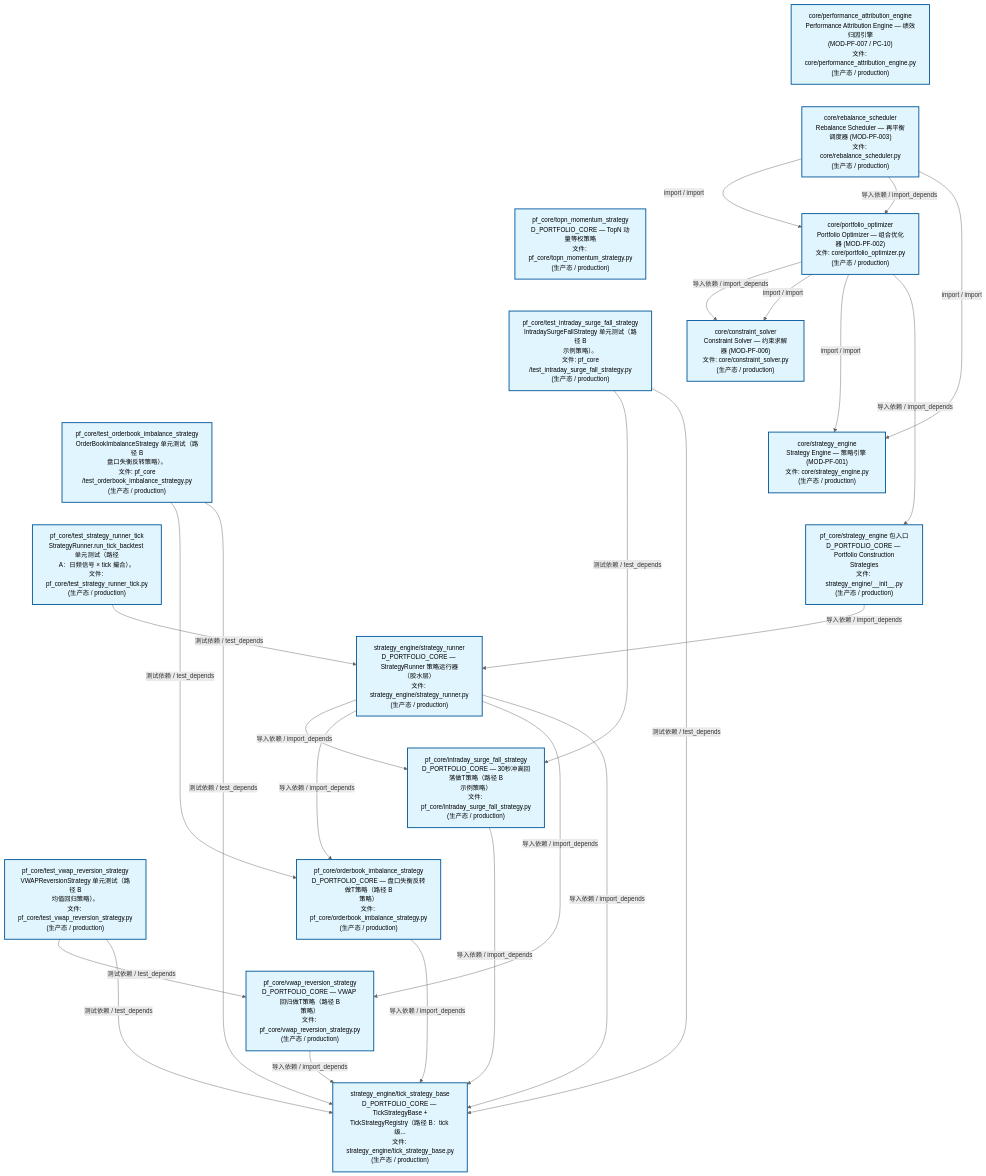
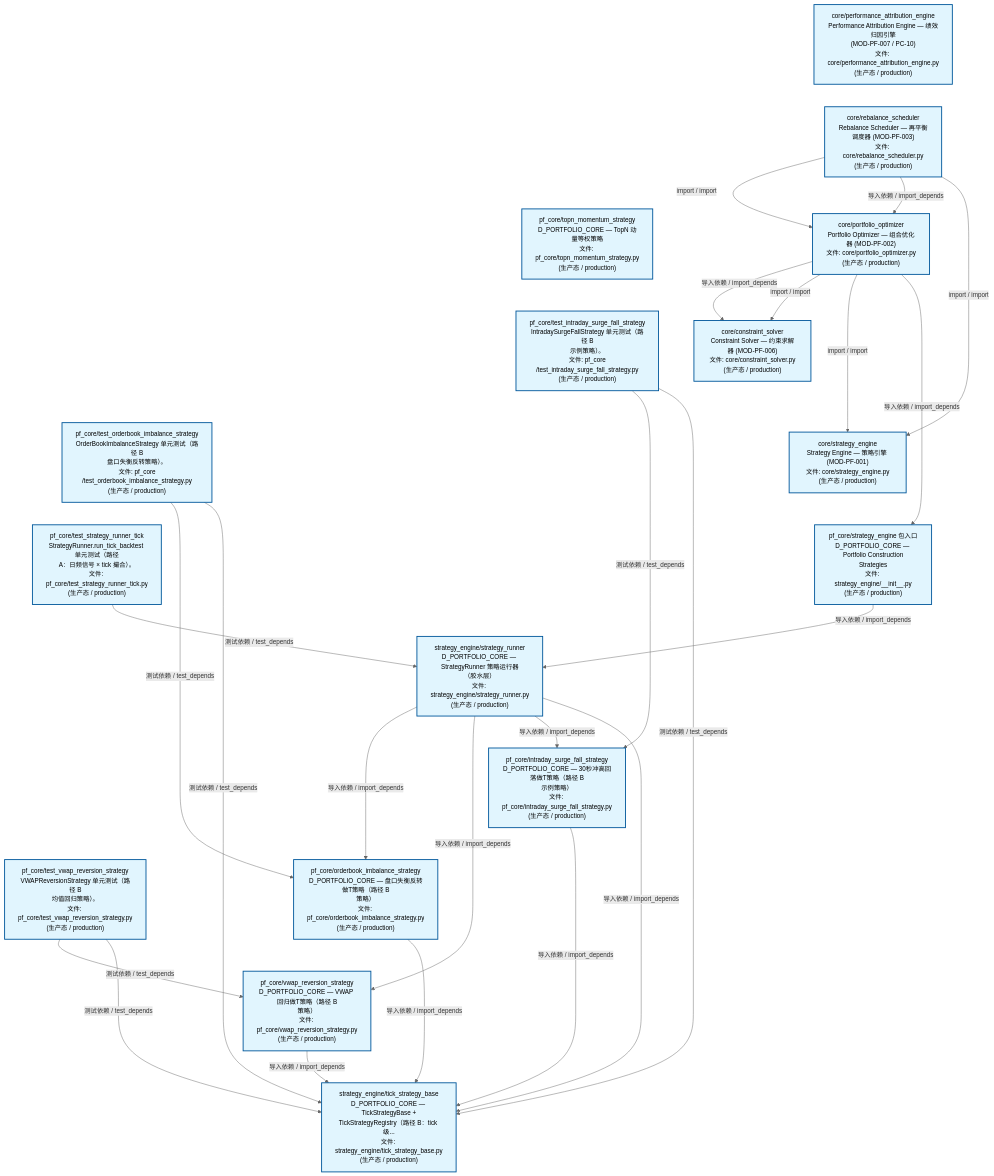
Before and after one commit to xuanFelixVan/ZephyrAlpha: the second of 3 diagrams in docs/02_enterprise_architecture/02_domain_architecture_docs/63_d_pf_core.md, drawn with Mermaid. The commit also changed other lines of this file and 59 other files, not shown here.

````diff
--- a/docs/02_enterprise_architecture/02_domain_architecture_docs/63_d_pf_core.md
+++ b/docs/02_enterprise_architecture/02_domain_architecture_docs/63_d_pf_core.md
@@ -139,57 +139,57 @@
 ```mermaid
 %%{init: {'theme': 'base', 'themeVariables': {'primaryColor': '#eaeaea', 'primaryTextColor': '#333333', 'primaryBorderColor': '#666666', 'lineColor': '#666666', 'secondaryColor': '#eaeaea', 'tertiaryColor': '#eaeaea', 'fontSize': '14px'}}}%%
 flowchart TD
     src_zephyr_pf_core_core_performance_attribution_engine_py["core/performance_attribution_engine<br/>Performance Attribution Engine — 绩效归因引擎<br/>(MOD-PF-007 / PC-10)<br/>文件: core/performance_attribution_engine.py<br/>(生产态 / production)"]
     src_zephyr_pf_core_core_rebalance_scheduler_py["core/rebalance_scheduler<br/>Rebalance Scheduler — 再平衡调度器 (MOD-PF-003)<br/>文件: core/rebalance_scheduler.py<br/>(生产态 / production)"]
     src_zephyr_pf_core_topn_momentum_strategy_py["pf_core/topn_momentum_strategy<br/>D_PORTFOLIO_CORE — TopN 动量等权策略<br/>文件: pf_core/topn_momentum_strategy.py<br/>(生产态 / production)"]
     tests_pf_core_test_intraday_surge_fall_strategy_py["pf_core/test_intraday_surge_fall_strategy<br/>IntradaySurgeFallStrategy 单元测试（路径 B<br/>示例策略）。<br/>文件: pf_core<br/>/test_intraday_surge_fall_strategy.py<br/>(生产态 / production)"]
     tests_pf_core_test_orderbook_imbalance_strategy_py["pf_core/test_orderbook_imbalance_strategy<br/>OrderBookImbalanceStrategy 单元测试（路径 B<br/>盘口失衡反转策略）。<br/>文件: pf_core<br/>/test_orderbook_imbalance_strategy.py<br/>(生产态 / production)"]
     tests_pf_core_test_strategy_runner_tick_py["pf_core/test_strategy_runner_tick<br/>StrategyRunner.run_tick_backtest 单元测试（路径<br/>A：日频信号 × tick 撮合）。<br/>文件: pf_core/test_strategy_runner_tick.py<br/>(生产态 / production)"]
     tests_pf_core_test_vwap_reversion_strategy_py["pf_core/test_vwap_reversion_strategy<br/>VWAPReversionStrategy 单元测试（路径 B<br/>均值回归策略）。<br/>文件: pf_core/test_vwap_reversion_strategy.py<br/>(生产态 / production)"]
     src_zephyr_pf_core_core_performance_attribution_engine_py ~~~ src_zephyr_pf_core_core_rebalance_scheduler_py
     src_zephyr_pf_core_core_rebalance_scheduler_py ~~~ src_zephyr_pf_core_topn_momentum_strategy_py
     src_zephyr_pf_core_topn_momentum_strategy_py ~~~ tests_pf_core_test_intraday_surge_fall_strategy_py
     tests_pf_core_test_intraday_surge_fall_strategy_py ~~~ tests_pf_core_test_orderbook_imbalance_strategy_py
     tests_pf_core_test_orderbook_imbalance_strategy_py ~~~ tests_pf_core_test_strategy_runner_tick_py
     tests_pf_core_test_strategy_runner_tick_py ~~~ tests_pf_core_test_vwap_reversion_strategy_py
     src_zephyr_pf_core_core_portfolio_optimizer_py["core/portfolio_optimizer<br/>Portfolio Optimizer — 组合优化器 (MOD-PF-002)<br/>文件: core/portfolio_optimizer.py<br/>(生产态 / production)"]
     src_zephyr_pf_core_core_constraint_solver_py["core/constraint_solver<br/>Constraint Solver — 约束求解器 (MOD-PF-006)<br/>文件: core/constraint_solver.py<br/>(生产态 / production)"]
     src_zephyr_pf_core_core_strategy_engine_py["core/strategy_engine<br/>Strategy Engine — 策略引擎 (MOD-PF-001)<br/>文件: core/strategy_engine.py<br/>(生产态 / production)"]
     src_zephyr_pf_core_strategy_engine_init_py["pf_core/strategy_engine 包入口<br/>D_PORTFOLIO_CORE — Portfolio Construction<br/>Strategies<br/>文件: strategy_engine/__init__.py<br/>(生产态 / production)"]
     src_zephyr_pf_core_core_constraint_solver_py ~~~ src_zephyr_pf_core_core_strategy_engine_py
     src_zephyr_pf_core_core_strategy_engine_py ~~~ src_zephyr_pf_core_strategy_engine_init_py
     src_zephyr_pf_core_strategy_engine_strategy_runner_py["strategy_engine/strategy_runner<br/>D_PORTFOLIO_CORE — StrategyRunner 策略运行器<br/>（胶水层）<br/>文件: strategy_engine/strategy_runner.py<br/>(生产态 / production)"]
     src_zephyr_pf_core_intraday_surge_fall_strategy_py["pf_core/intraday_surge_fall_strategy<br/>D_PORTFOLIO_CORE — 30秒冲高回落做T策略（路径 B<br/>示例策略）<br/>文件: pf_core/intraday_surge_fall_strategy.py<br/>(生产态 / production)"]
     src_zephyr_pf_core_orderbook_imbalance_strategy_py["pf_core/orderbook_imbalance_strategy<br/>D_PORTFOLIO_CORE — 盘口失衡反转做T策略（路径 B<br/>策略）<br/>文件: pf_core/orderbook_imbalance_strategy.py<br/>(生产态 / production)"]
     src_zephyr_pf_core_vwap_reversion_strategy_py["pf_core/vwap_reversion_strategy<br/>D_PORTFOLIO_CORE — VWAP 回归做T策略（路径 B<br/>策略）<br/>文件: pf_core/vwap_reversion_strategy.py<br/>(生产态 / production)"]
     src_zephyr_pf_core_intraday_surge_fall_strategy_py ~~~ src_zephyr_pf_core_orderbook_imbalance_strategy_py
     src_zephyr_pf_core_orderbook_imbalance_strategy_py ~~~ src_zephyr_pf_core_vwap_reversion_strategy_py
     src_zephyr_pf_core_strategy_engine_tick_strategy_base_py["strategy_engine/tick_strategy_base<br/>D_PORTFOLIO_CORE — TickStrategyBase +<br/>TickStrategyRegistry（路径 B：tick 级...<br/>文件: strategy_engine/tick_strategy_base.py<br/>(生产态 / production)"]
-    src_zephyr_pf_core_intraday_surge_fall_strategy_py -->|导入依赖 / import_depends| src_zephyr_pf_core_strategy_engine_tick_strategy_base_py
     src_zephyr_pf_core_orderbook_imbalance_strategy_py -->|导入依赖 / import_depends| src_zephyr_pf_core_strategy_engine_tick_strategy_base_py
     src_zephyr_pf_core_vwap_reversion_strategy_py -->|导入依赖 / import_depends| src_zephyr_pf_core_strategy_engine_tick_strategy_base_py
+    src_zephyr_pf_core_intraday_surge_fall_strategy_py -->|导入依赖 / import_depends| src_zephyr_pf_core_strategy_engine_tick_strategy_base_py
     src_zephyr_pf_core_core_rebalance_scheduler_py -->|import / import| src_zephyr_pf_core_core_portfolio_optimizer_py
     src_zephyr_pf_core_core_rebalance_scheduler_py -->|导入依赖 / import_depends| src_zephyr_pf_core_core_portfolio_optimizer_py
     src_zephyr_pf_core_core_rebalance_scheduler_py -->|import / import| src_zephyr_pf_core_core_strategy_engine_py
     src_zephyr_pf_core_core_portfolio_optimizer_py -->|导入依赖 / import_depends| src_zephyr_pf_core_core_constraint_solver_py
     src_zephyr_pf_core_core_portfolio_optimizer_py -->|import / import| src_zephyr_pf_core_core_constraint_solver_py
     src_zephyr_pf_core_core_portfolio_optimizer_py -->|import / import| src_zephyr_pf_core_core_strategy_engine_py
     src_zephyr_pf_core_core_portfolio_optimizer_py -->|导入依赖 / import_depends| src_zephyr_pf_core_strategy_engine_init_py
     src_zephyr_pf_core_strategy_engine_init_py -->|导入依赖 / import_depends| src_zephyr_pf_core_strategy_engine_strategy_runner_py
-    src_zephyr_pf_core_strategy_engine_strategy_runner_py -->|导入依赖 / import_depends| src_zephyr_pf_core_intraday_surge_fall_strategy_py
     src_zephyr_pf_core_strategy_engine_strategy_runner_py -->|导入依赖 / import_depends| src_zephyr_pf_core_orderbook_imbalance_strategy_py
     src_zephyr_pf_core_strategy_engine_strategy_runner_py -->|导入依赖 / import_depends| src_zephyr_pf_core_vwap_reversion_strategy_py
+    src_zephyr_pf_core_strategy_engine_strategy_runner_py -->|导入依赖 / import_depends| src_zephyr_pf_core_intraday_surge_fall_strategy_py
     src_zephyr_pf_core_strategy_engine_strategy_runner_py -->|导入依赖 / import_depends| src_zephyr_pf_core_strategy_engine_tick_strategy_base_py
+    tests_pf_core_test_orderbook_imbalance_strategy_py -->|测试依赖 / test_depends| src_zephyr_pf_core_orderbook_imbalance_strategy_py
+    tests_pf_core_test_orderbook_imbalance_strategy_py -->|测试依赖 / test_depends| src_zephyr_pf_core_strategy_engine_tick_strategy_base_py
+    tests_pf_core_test_vwap_reversion_strategy_py -->|测试依赖 / test_depends| src_zephyr_pf_core_vwap_reversion_strategy_py
+    tests_pf_core_test_vwap_reversion_strategy_py -->|测试依赖 / test_depends| src_zephyr_pf_core_strategy_engine_tick_strategy_base_py
     tests_pf_core_test_intraday_surge_fall_strategy_py -->|测试依赖 / test_depends| src_zephyr_pf_core_intraday_surge_fall_strategy_py
     tests_pf_core_test_intraday_surge_fall_strategy_py -->|测试依赖 / test_depends| src_zephyr_pf_core_strategy_engine_tick_strategy_base_py
-    tests_pf_core_test_orderbook_imbalance_strategy_py -->|测试依赖 / test_depends| src_zephyr_pf_core_orderbook_imbalance_strategy_py
-    tests_pf_core_test_orderbook_imbalance_strategy_py -->|测试依赖 / test_depends| src_zephyr_pf_core_strategy_engine_tick_strategy_base_py
     tests_pf_core_test_strategy_runner_tick_py -->|测试依赖 / test_depends| src_zephyr_pf_core_strategy_engine_strategy_runner_py
-    tests_pf_core_test_vwap_reversion_strategy_py -->|测试依赖 / test_depends| src_zephyr_pf_core_vwap_reversion_strategy_py
-    tests_pf_core_test_vwap_reversion_strategy_py -->|测试依赖 / test_depends| src_zephyr_pf_core_strategy_engine_tick_strategy_base_py
     classDef production fill:#e1f5fe,stroke:#01579b,stroke-width:2px,color:#000
     classDef design fill:#fff3e0,stroke:#e65100,stroke-width:2px,color:#000,stroke-dasharray: 5 5
     classDef external_prod fill:#e8f4fd,stroke:#0277bd,stroke-width:1px,color:#000
     classDef external_design fill:#fff8e7,stroke:#ef6c00,stroke-width:1px,color:#000,stroke-dasharray: 5 5
     class src_zephyr_pf_core_core_constraint_solver_py,src_zephyr_pf_core_core_performance_attribution_engine_py,src_zephyr_pf_core_core_portfolio_optimizer_py,src_zephyr_pf_core_core_rebalance_scheduler_py,src_zephyr_pf_core_core_strategy_engine_py,src_zephyr_pf_core_intraday_surge_fall_strategy_py,src_zephyr_pf_core_orderbook_imbalance_strategy_py,src_zephyr_pf_core_strategy_engine_init_py,src_zephyr_pf_core_strategy_engine_strategy_runner_py,src_zephyr_pf_core_strategy_engine_tick_strategy_base_py,src_zephyr_pf_core_topn_momentum_strategy_py,src_zephyr_pf_core_vwap_reversion_strategy_py,tests_pf_core_test_intraday_surge_fall_strategy_py,tests_pf_core_test_orderbook_imbalance_strategy_py,tests_pf_core_test_strategy_runner_tick_py,tests_pf_core_test_vwap_reversion_strategy_py production
 ```
````
